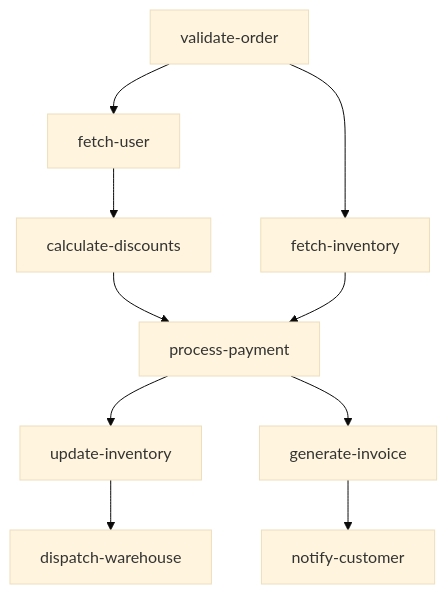
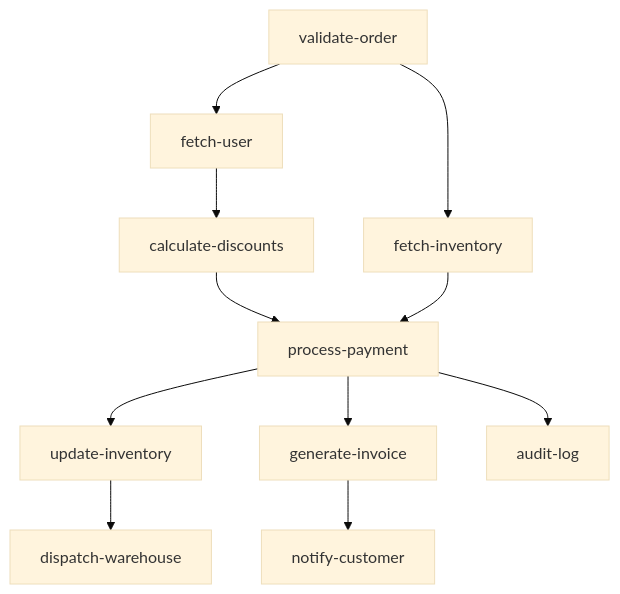
Before and after one commit to ntkwan/go-flow: the second of 2 diagrams in README.md, drawn with Mermaid (base theme). The commit also changed other lines of this file and 2 other files, not shown here.

Commit message:
feat: add audit-log node to order checkout workflow and sync mermaid diagram

````diff
--- a/README.md
+++ b/README.md
@@ -301,12 +313,13 @@
 ```mermaid
 graph TD
     validate_order["validate-order"] --> fetch_user["fetch-user"]
     validate_order["validate-order"] --> fetch_inventory["fetch-inventory"]
     fetch_user["fetch-user"] --> calculate_discounts["calculate-discounts"]
     calculate_discounts["calculate-discounts"] --> process_payment["process-payment"]
     fetch_inventory["fetch-inventory"] --> process_payment["process-payment"]
     process_payment["process-payment"] --> update_inventory["update-inventory"]
     process_payment["process-payment"] --> generate_invoice["generate-invoice"]
+    process_payment["process-payment"] --> audit_log["audit-log"]
     generate_invoice["generate-invoice"] --> notify_customer["notify-customer"]
     update_inventory["update-inventory"] --> dispatch_warehouse["dispatch-warehouse"]
 ```
````
